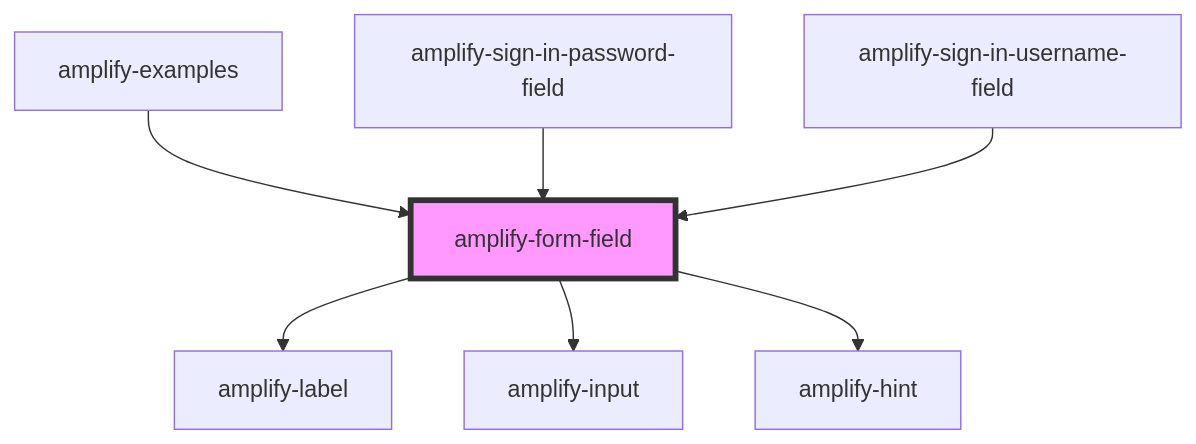
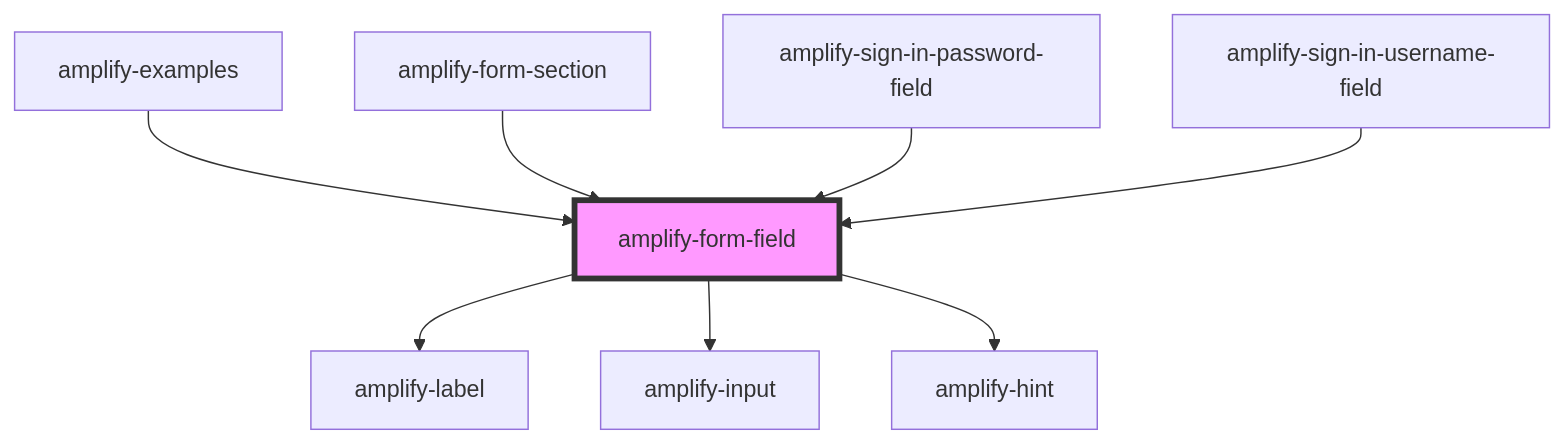
One commit to OneDev0411/amplify-js changed the diagram in packages/amplify-ui-components/src/components/amplify-form-field/readme.md. Above: the diagram before and after it, drawn with Mermaid. The commit also changed other lines of this file and 16 other files, not shown here.

````diff
--- a/packages/amplify-ui-components/src/components/amplify-form-field/readme.md
+++ b/packages/amplify-ui-components/src/components/amplify-form-field/readme.md
@@ -37,10 +38,11 @@
 ```mermaid
 graph TD;
   amplify-form-field --> amplify-label
   amplify-form-field --> amplify-input
   amplify-form-field --> amplify-hint
   amplify-examples --> amplify-form-field
+  amplify-form-section --> amplify-form-field
   amplify-sign-in-password-field --> amplify-form-field
   amplify-sign-in-username-field --> amplify-form-field
   style amplify-form-field fill:#f9f,stroke:#333,stroke-width:4px
 ```
````
